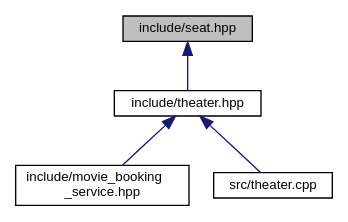
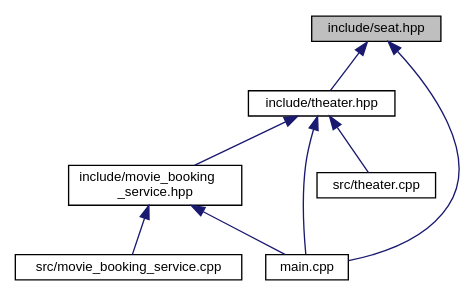
Before and after one commit to Gebre-medhin/movie_booking_system: the diagram in seat_8hpp__dep__incl.dot, drawn with Graphviz. The commit also changed 48 other files, not shown here.

```diff
--- a/seat_8hpp__dep__incl.dot
+++ b/seat_8hpp__dep__incl.dot
@@ -1,13 +1,19 @@
 digraph "include/seat.hpp"
 {
  // LATEX_PDF_SIZE
   edge [fontname="Helvetica",fontsize="10",labelfontname="Helvetica",labelfontsize="10"];
   node [fontname="Helvetica",fontsize="10",shape=record];
   Node1 [label="include/seat.hpp",height=0.2,width=0.4,color="black", fillcolor="grey75", style="filled", fontcolor="black",tooltip=" "];
   Node1 -> Node2 [dir="back",color="midnightblue",fontsize="10",style="solid",fontname="Helvetica"];
   Node2 [label="include/theater.hpp",height=0.2,width=0.4,color="black", fillcolor="white", style="filled",URL="$theater_8hpp.html",tooltip=" "];
   Node2 -> Node3 [dir="back",color="midnightblue",fontsize="10",style="solid",fontname="Helvetica"];
   Node3 [label="include/movie_booking\l_service.hpp",height=0.2,width=0.4,color="black", fillcolor="white", style="filled",URL="$movie__booking__service_8hpp.html",tooltip="Movie booking service API."];
-  Node2 -> Node4 [dir="back",color="midnightblue",fontsize="10",style="solid",fontname="Helvetica"];
-  Node4 [label="src/theater.cpp",height=0.2,width=0.4,color="black", fillcolor="white", style="filled",URL="$theater_8cpp.html",tooltip="Test for MovieBookingService (API) class."];
+  Node3 -> Node4 [dir="back",color="midnightblue",fontsize="10",style="solid",fontname="Helvetica"];
+  Node4 [label="src/movie_booking_service.cpp",height=0.2,width=0.4,color="black", fillcolor="white", style="filled",URL="$movie__booking__service_8cpp.html",tooltip="Implementation for MovieBookingService (API) class."];
+  Node3 -> Node5 [dir="back",color="midnightblue",fontsize="10",style="solid",fontname="Helvetica"];
+  Node5 [label="main.cpp",height=0.2,width=0.4,color="black", fillcolor="white", style="filled",URL="$main_8cpp.html",tooltip="Main program for testing movie booking service functionalities via CLI."];
+  Node2 -> Node6 [dir="back",color="midnightblue",fontsize="10",style="solid",fontname="Helvetica"];
+  Node6 [label="src/theater.cpp",height=0.2,width=0.4,color="black", fillcolor="white", style="filled",URL="$theater_8cpp.html",tooltip="Test for MovieBookingService (API) class."];
+  Node2 -> Node5 [dir="back",color="midnightblue",fontsize="10",style="solid",fontname="Helvetica"];
+  Node1 -> Node5 [dir="back",color="midnightblue",fontsize="10",style="solid",fontname="Helvetica"];
 }
```
